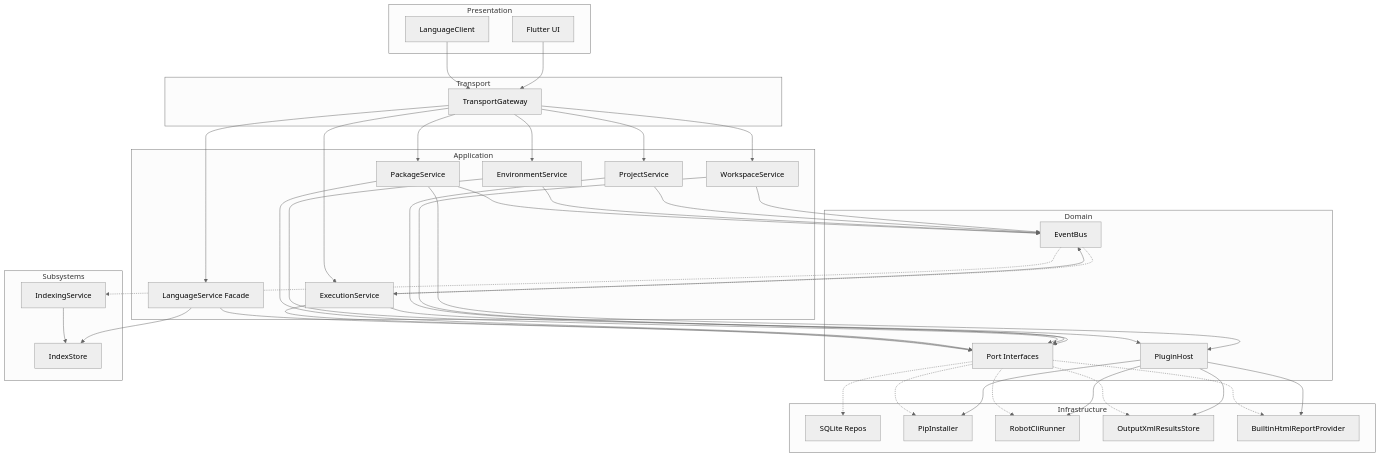
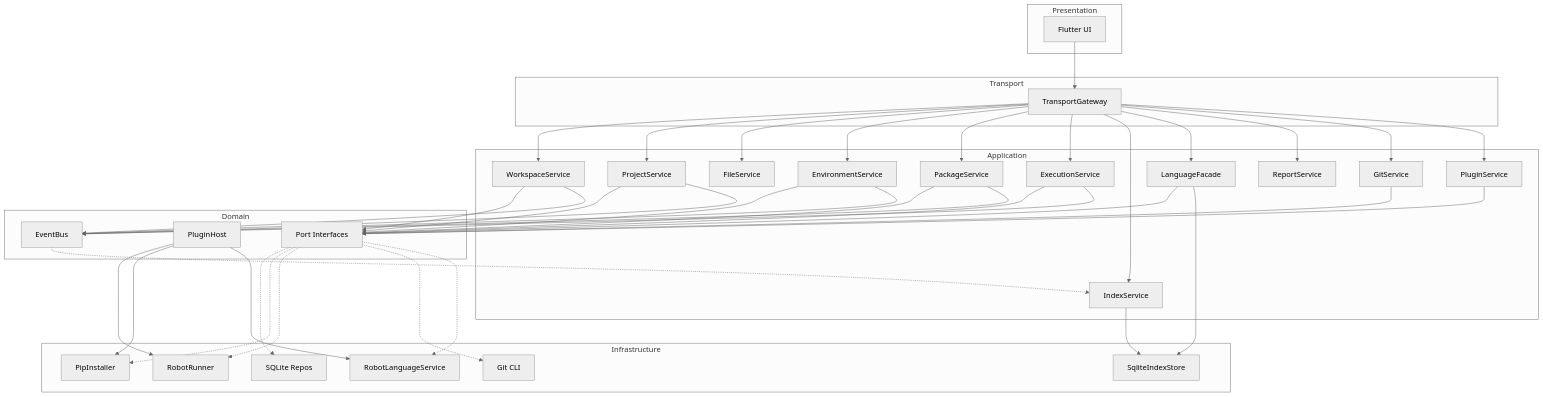
One commit to deekshith-poojary98/robot-studio changed the first of 3 diagrams in ARCHITECTURE.md. Above: the diagram before and after it, drawn with Mermaid (neutral theme). The commit also changed other lines of this file and 26 other files, not shown here.

First line of the commit message:
Update architecture documentation and enhance indexing features.

````diff
--- a/ARCHITECTURE.md
+++ b/ARCHITECTURE.md
@@ -420,59 +291,53 @@
 ```mermaid
 graph TD
     subgraph Presentation
         FLUTTER[Flutter UI]
-        LC[LanguageClient]
     end
 
     subgraph Transport
         GW[TransportGateway]
     end
 
     subgraph Application
         WS[WorkspaceService]
         PS[ProjectService]
+        FS[FileService]
         ES[EnvironmentService]
         PKGS[PackageService]
         EXEC[ExecutionService]
-        LANG[LanguageService Facade]
+        IDX[IndexService]
+        LANG[LanguageFacade]
+        REP[ReportService]
+        GIT[GitService]
+        PLG[PluginService]
     end
 
     subgraph Domain
         EB[EventBus]
         PH[PluginHost]
         PORTS[Port Interfaces]
     end
 
-    subgraph Subsystems
-        IDX[IndexingService]
-        IS[IndexStore]
-    end
-
     subgraph Infrastructure
         SQL[SQLite Repos]
         PIP[PipInstaller]
-        RUN[RobotCliRunner]
-        RES[OutputXmlResultsStore]
-        REP[BuiltinHtmlReportProvider]
+        RUN[RobotRunner]
+        IDXSTOR[SqliteIndexStore]
+        GITCLI[Git CLI]
+        LANGI[RobotLanguageService]
     end
 
     FLUTTER --> GW
-    LC --> GW
-    GW --> WS & PS & ES & PKGS & EXEC & LANG
+    GW --> WS & PS & FS & ES & PKGS & EXEC & IDX & LANG & REP & GIT & PLG
 
-    WS & PS & ES & PKGS & EXEC --> PORTS
+    WS & PS & ES & PKGS & EXEC & GIT & PLG --> PORTS
     WS & PS & ES & PKGS & EXEC --> EB
     LANG --> PORTS
+    IDX --> IDXSTOR
+    LANG --> IDXSTOR
 
     EB -.-> IDX
-    EB -.-> EXEC
+    PH --> RUN & PIP & LANGI
 
-    PH --> RUN & RES & REP & PIP
-
-    PKGS --> PH
-    EXEC --> PH
-    LANG --> IS
-    IDX --> IS
-
-    PORTS -.-> SQL & PIP & RUN & RES & REP
+    PORTS -.-> SQL & PIP & RUN & GITCLI & LANGI
 ```
````
